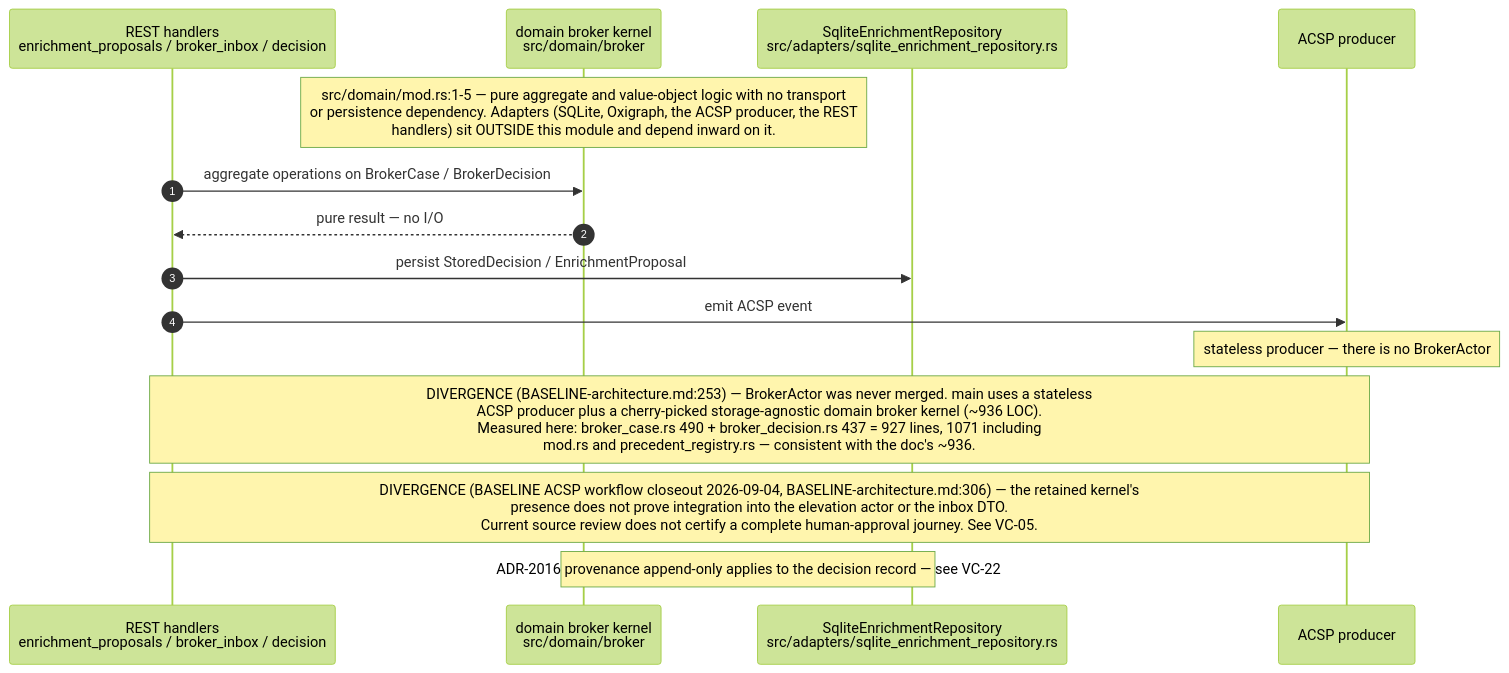
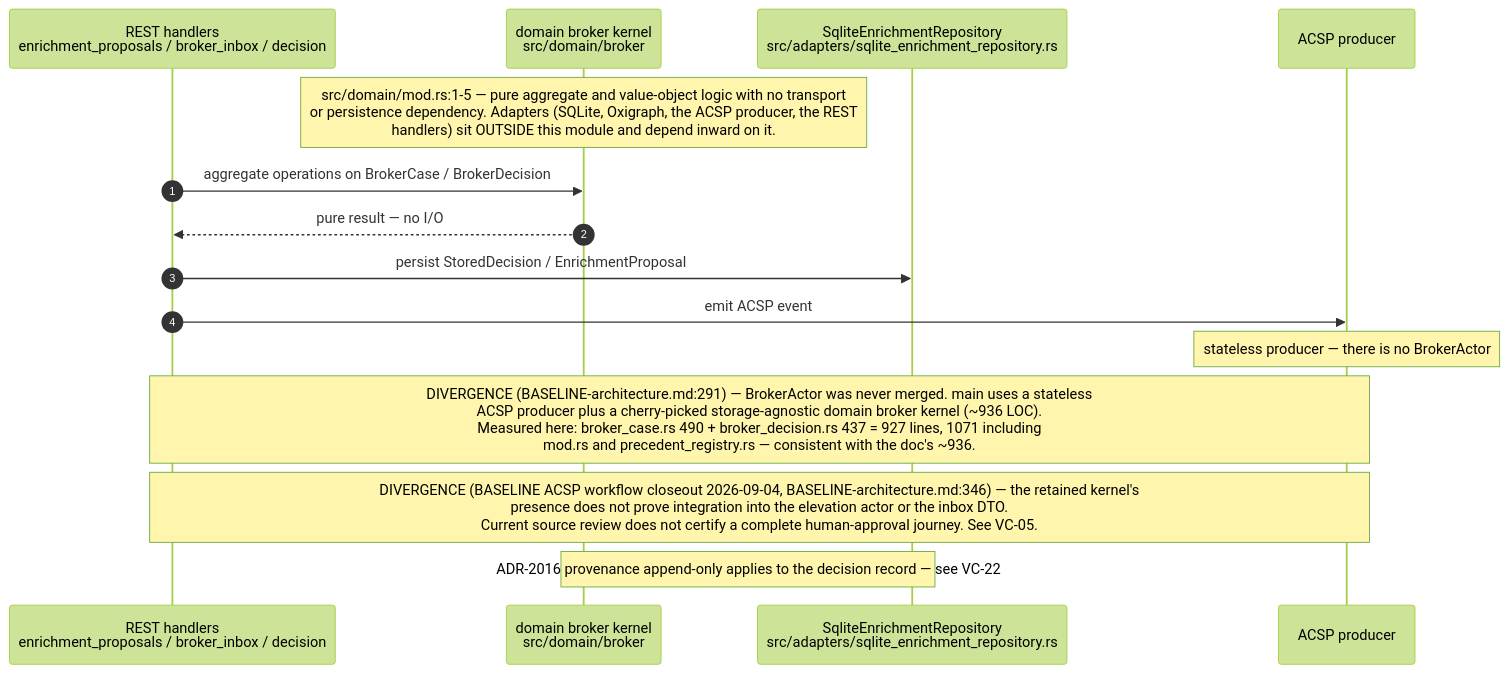
One commit to DreamLab-AI/VisionFlow changed the seventh of 9 diagrams in docs/diagrams/visionclaw/07-hexagonal-ports-and-crates.md. Above: the diagram before and after it, drawn with Mermaid (forest theme). The commit also changed other lines of this file and 160 other files, not shown here.

````diff
--- a/docs/diagrams/visionclaw/07-hexagonal-ports-and-crates.md
+++ b/docs/diagrams/visionclaw/07-hexagonal-ports-and-crates.md
@@ -317,18 +318,18 @@
 ```mermaid
 sequenceDiagram
     autonumber
     participant H as REST handlers<br/>enrichment_proposals / broker_inbox / decision
     participant K as domain broker kernel<br/>src/domain/broker
     participant AD as SqliteEnrichmentRepository<br/>src/adapters/sqlite_enrichment_repository.rs
     participant AC as ACSP producer
 
     Note over K: src/domain/mod.rs:1-5 — pure aggregate and value-object logic with no transport<br/>or persistence dependency. Adapters (SQLite, Oxigraph, the ACSP producer, the REST<br/>handlers) sit OUTSIDE this module and depend inward on it.
     H->>K: aggregate operations on BrokerCase / BrokerDecision
     K-->>H: pure result — no I/O
     H->>AD: persist StoredDecision / EnrichmentProposal
     H->>AC: emit ACSP event
     Note over AC: stateless producer — there is no BrokerActor
-    Note over H,AC: DIVERGENCE (BASELINE-architecture.md:253) — BrokerActor was never merged. main uses a stateless<br/>ACSP producer plus a cherry-picked storage-agnostic domain broker kernel (~936 LOC).<br/>Measured here: broker_case.rs 490 + broker_decision.rs 437 = 927 lines, 1071 including<br/>mod.rs and precedent_registry.rs — consistent with the doc's ~936.
-    Note over H,AC: DIVERGENCE (BASELINE ACSP workflow closeout 2026-09-04, BASELINE-architecture.md:306) — the retained kernel's<br/>presence does not prove integration into the elevation actor or the inbox DTO.<br/>Current source review does not certify a complete human-approval journey. See VC-05.
+    Note over H,AC: DIVERGENCE (BASELINE-architecture.md:291) — BrokerActor was never merged. main uses a stateless<br/>ACSP producer plus a cherry-picked storage-agnostic domain broker kernel (~936 LOC).<br/>Measured here: broker_case.rs 490 + broker_decision.rs 437 = 927 lines, 1071 including<br/>mod.rs and precedent_registry.rs — consistent with the doc's ~936.
+    Note over H,AC: DIVERGENCE (BASELINE ACSP workflow closeout 2026-09-04, BASELINE-architecture.md:346) — the retained kernel's<br/>presence does not prove integration into the elevation actor or the inbox DTO.<br/>Current source review does not certify a complete human-approval journey. See VC-05.
     Note over K,AD: ADR-2016 provenance append-only applies to the decision record — see VC-22
 ```
````
